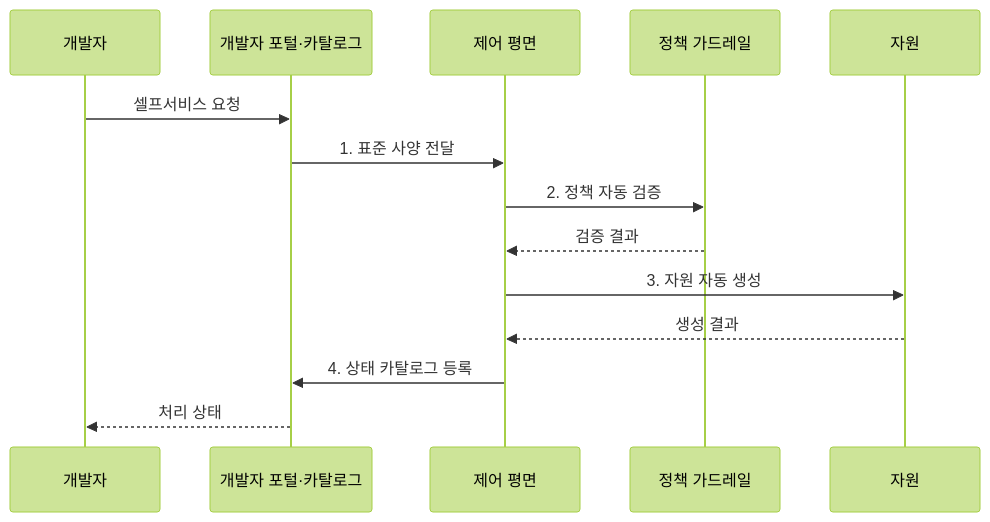
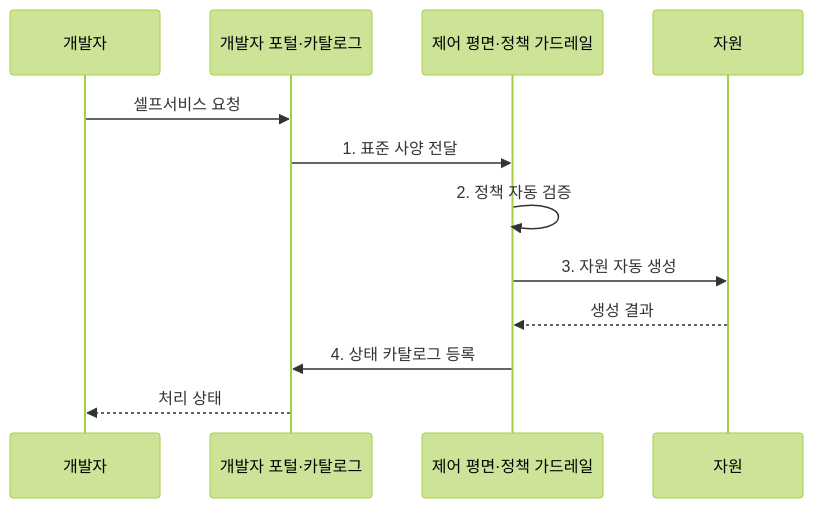
The second of 2 diagrams in src/content/docs/notes/03-software/216_platform_engineering_self_service.md (agnusdei1207/knowledge-base), drawn with Mermaid (forest theme) before and after one commit. The commit also changed 3 other files, not shown here.

Commit message:
Condense platform improvement diagrams

````diff
--- a/src/content/docs/notes/03-software/216_platform_engineering_self_service.md
+++ b/src/content/docs/notes/03-software/216_platform_engineering_self_service.md
@@ -98,17 +98,15 @@
 ```mermaid
 sequenceDiagram
     participant 개발자
     participant P as 개발자 포털·카탈로그
-    participant C as 제어 평면
-    participant G as 정책 가드레일
+    participant C as 제어 평면·정책 가드레일
     participant 자원
     개발자->>P: 셀프서비스 요청
     P->>C: 1. 표준 사양 전달
-    C->>G: 2. 정책 자동 검증
-    G-->>C: 검증 결과
+    C->>C: 2. 정책 자동 검증
     C->>자원: 3. 자원 자동 생성
     자원-->>C: 생성 결과
     C->>P: 4. 상태 카탈로그 등록
     P-->>개발자: 처리 상태
 
 ```
````
